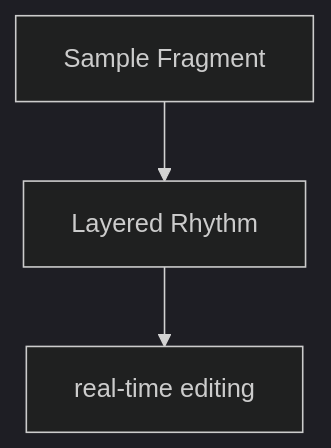
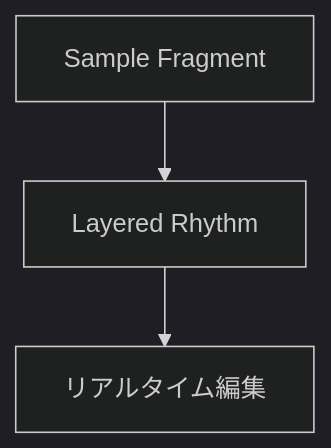
One commit to monumental-movement/monumental-movement.github.io changed the fourth of 7 diagrams in en/_posts/2025-10-24-column-plastikman-richie-hawtin.md. Above: the diagram before and after it, drawn with Mermaid (dark theme). The commit also changed other lines of this file and 2196 other files, not shown here.

```diff
--- a/en/_posts/2025-10-24-column-plastikman-richie-hawtin.md
+++ b/en/_posts/2025-10-24-column-plastikman-richie-hawtin.md
@@ -233,7 +232,7 @@
 <div class="mermaid">
 
 graph TD
     A[Sample Fragment] --> B[Layered Rhythm]
-    B --> C[real-time editing]
+    B --> C[リアルタイム編集]
 
 </div>
```
